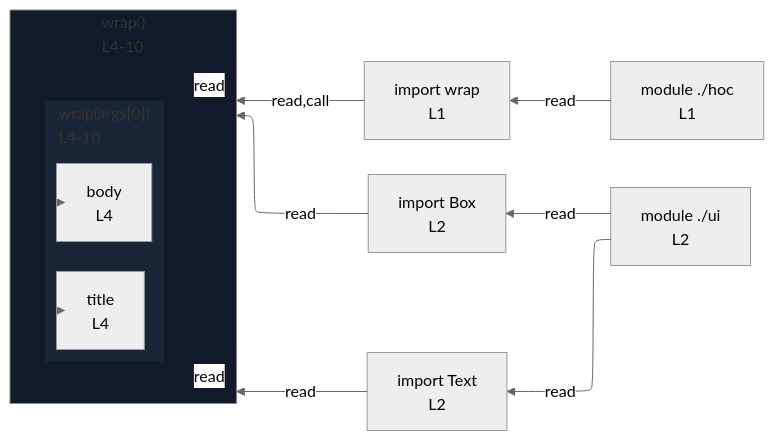
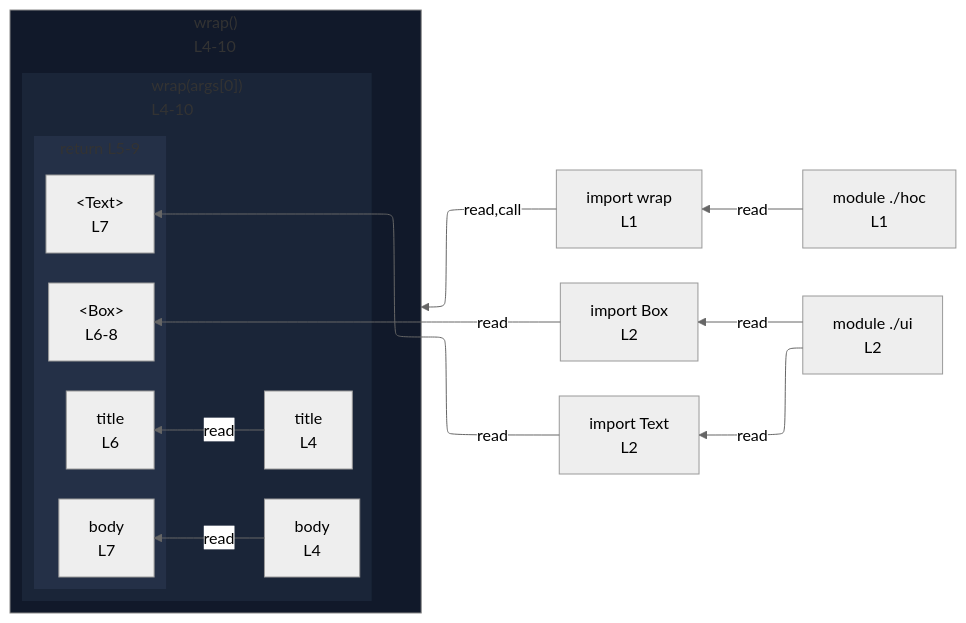
Before and after one commit to crescware/unsnarl: the diagram in integration/fixtures/jsx/call-statement-component/preview.md, drawn with Mermaid (neutral theme). The commit also changed 105 other files, not shown here.

````diff
--- a/integration/fixtures/jsx/call-statement-component/preview.md
+++ b/integration/fixtures/jsx/call-statement-component/preview.md
@@ -20,31 +20,40 @@
 ```mermaid
 %%{init: {"flowchart": {"defaultRenderer": "elk"}}}%%
 flowchart RL
   n_scope_0_wrap_9["import wrap<br/>L1"]
   n_scope_0_Box_39["import Box<br/>L2"]
   n_scope_0_Text_44["import Text<br/>L2"]
   subgraph expr_stmt_65["wrap()<br/>L4-10"]
     direction RL
     subgraph s_scope_1["wrap(args[0])<br/>L4-10"]
       direction RL
       n_scope_1_title_71["title<br/>L4"]
       n_scope_1_body_86["body<br/>L4"]
+      subgraph s_return_scope_1_107_181["return L5-9"]
+        direction RL
+        ret_use_ref_1["&lt;Box&gt;<br/>L6-8"]
+        ret_use_ref_2["title<br/>L6"]
+        ret_use_ref_3["&lt;Text&gt;<br/>L7"]
+        ret_use_ref_4["body<br/>L7"]
+      end
     end
   end
   n_scope_0_wrap_9 -->|read,call| expr_stmt_65
-  n_scope_0_Box_39 -->|read| expr_stmt_65
-  n_scope_1_title_71 -->|read| expr_stmt_65
-  n_scope_0_Text_44 -->|read| expr_stmt_65
-  n_scope_1_body_86 -->|read| expr_stmt_65
+  n_scope_0_Box_39 -->|read| ret_use_ref_1
+  n_scope_1_title_71 -->|read| ret_use_ref_2
+  n_scope_0_Text_44 -->|read| ret_use_ref_3
+  n_scope_1_body_86 -->|read| ret_use_ref_4
   mod___hoc["module ./hoc<br/>L1"]
   mod___ui["module ./ui<br/>L2"]
   mod___hoc -->|read| n_scope_0_wrap_9
   mod___ui -->|read| n_scope_0_Box_39
   mod___ui -->|read| n_scope_0_Text_44
   classDef nestL1 fill:#11192a,stroke:transparent;
   class expr_stmt_65 nestL1;
   classDef nestL2 fill:#1a2538,stroke:transparent;
   class s_scope_1 nestL2;
+  classDef nestL3 fill:#243047,stroke:transparent;
+  class s_return_scope_1_107_181 nestL3;
   classDef edgeTargetSubgraph stroke:#888;
   class expr_stmt_65 edgeTargetSubgraph;
 ```
````
